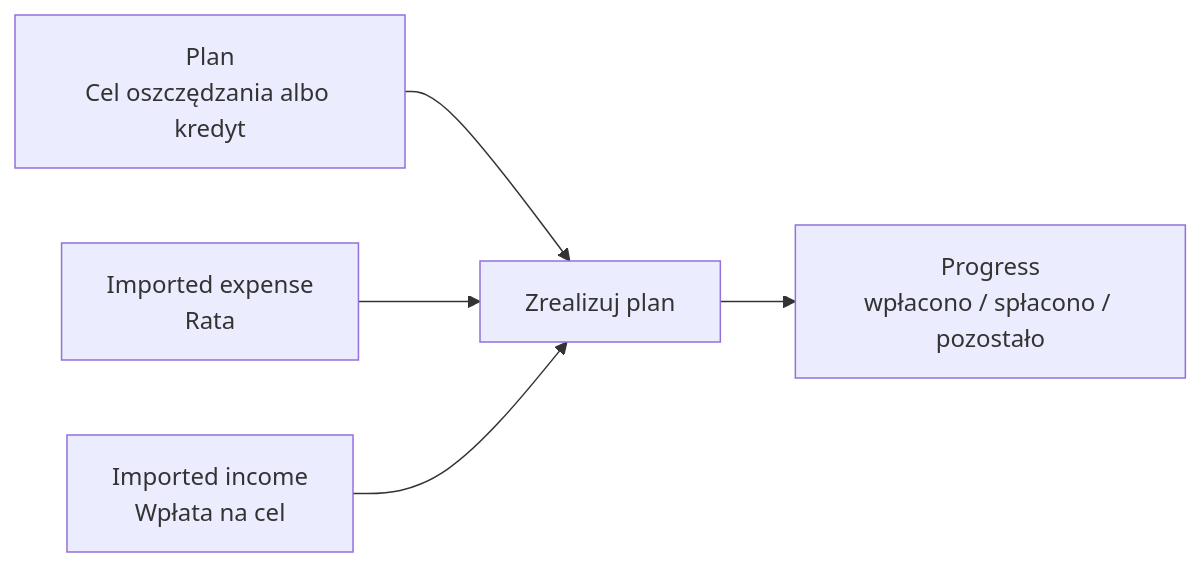
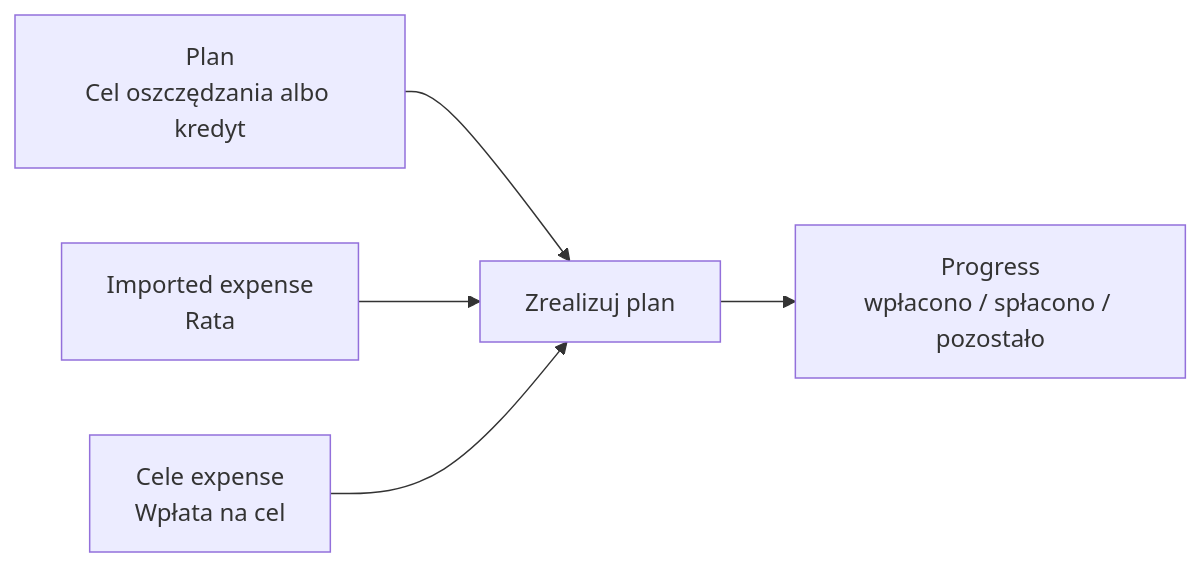
The third of 4 diagrams in docs/product/product-direction.md (adrianghub/portfelik), drawn with Mermaid before and after one commit. The commit also changed other lines of this file and 3 other files, not shown here.

````diff
--- a/docs/product/product-direction.md
+++ b/docs/product/product-direction.md
@@ -120,7 +122,7 @@
 ```mermaid
 flowchart LR
   Plan[Plan<br/>Cel oszczędzania albo kredyt] --> Link[Zrealizuj plan]
   Tx1[Imported expense<br/>Rata] --> Link
-  Tx2[Imported income<br/>Wpłata na cel] --> Link
+  Tx2[Cele expense<br/>Wpłata na cel] --> Link
   Link --> Progress[Progress<br/>wpłacono / spłacono / pozostało]
 ```
````
